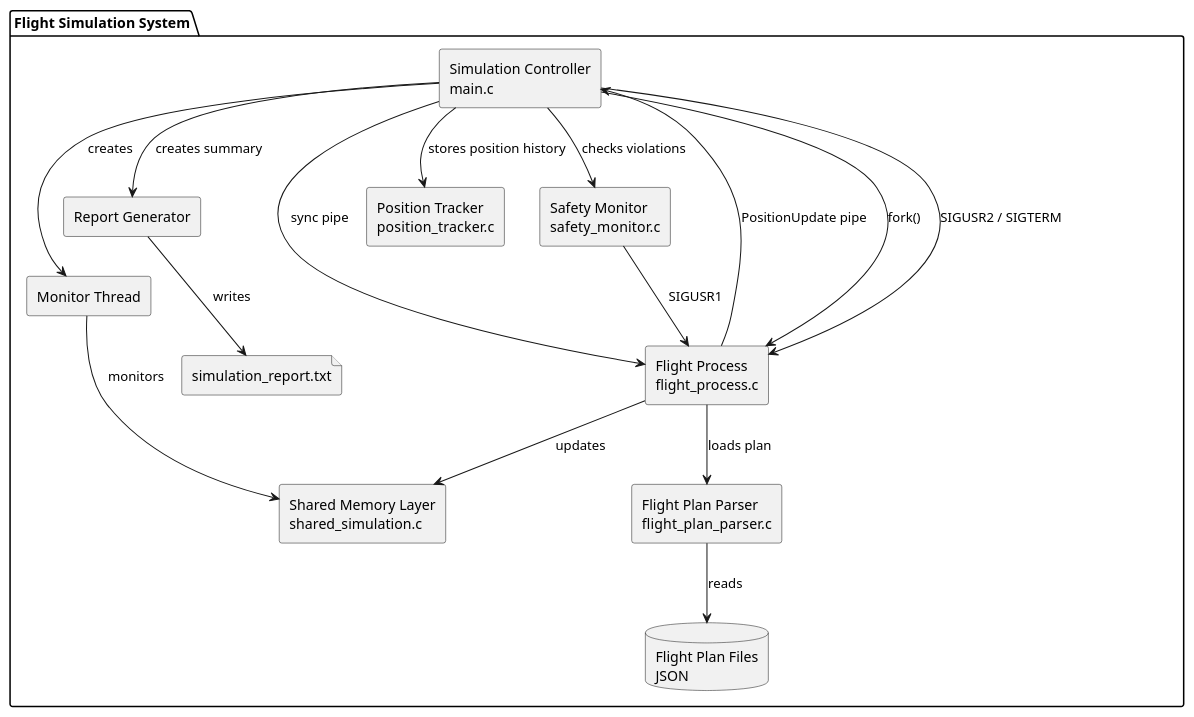
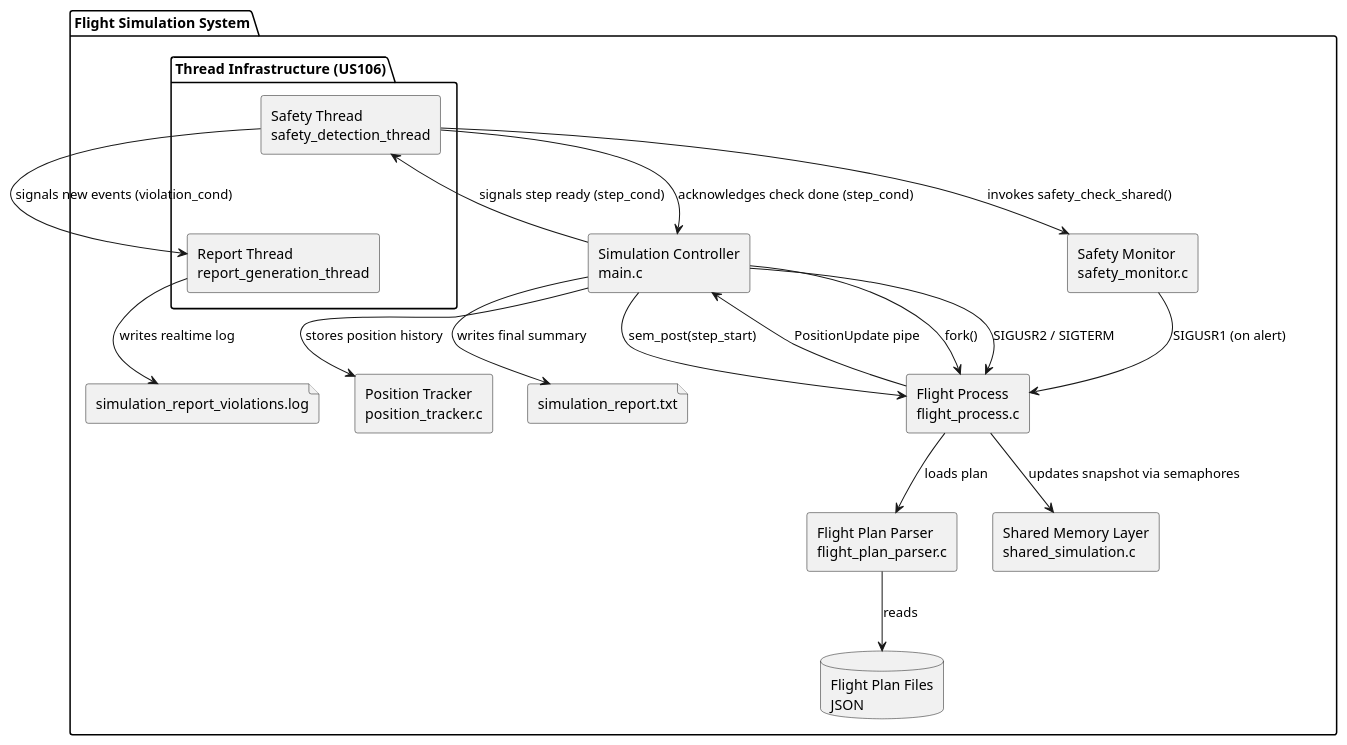
One commit to goncalolopesp/sem4pi2526-sem4pi2526_2di5 changed the diagram in scomp/docs/README.md. Above: the diagram before and after it, drawn with PlantUML. The commit also changed other lines of this file and 10 other files, not shown here.

````diff
--- a/scomp/docs/README.md
+++ b/scomp/docs/README.md
@@ -650,40 +710,48 @@
 ```puml
 @startuml
 
 skinparam componentStyle rectangle
 
 package "Flight Simulation System" {
 
     [Simulation Controller\nmain.c] as Main
     [Flight Process\nflight_process.c] as FlightProcess
     [Flight Plan Parser\nflight_plan_parser.c] as Parser
     [Position Tracker\nposition_tracker.c] as Tracker
     [Safety Monitor\nsafety_monitor.c] as Safety
-    [Report Generator] as Report
+    
+    package "Thread Infrastructure (US106)" {
+        [Safety Thread\nsafety_detection_thread] as SafetyThread
+        [Report Thread\nreport_generation_thread] as ReportThread
+    }
+    
     [Shared Memory Layer\nshared_simulation.c] as Shared
-    [Monitor Thread] as Thread
 
     database "Flight Plan Files\nJSON" as Json
     file "simulation_report.txt" as ReportFile
+    file "simulation_report_violations.log" as ViolationLog
 }
 
 Main --> FlightProcess : fork()
 Main --> FlightProcess : SIGUSR2 / SIGTERM
-Main --> FlightProcess : sync pipe
+Main --> FlightProcess : sem_post(step_start)
 FlightProcess --> Main : PositionUpdate pipe
 
 FlightProcess --> Parser : loads plan
 Parser --> Json : reads
 
 Main --> Tracker : stores position history
-Main --> Safety : checks violations
-Safety --> FlightProcess : SIGUSR1
-Main --> Report : creates summary
-Report --> ReportFile : writes
+FlightProcess --> Shared : updates snapshot via semaphores
 
-FlightProcess --> Shared : updates
-Thread --> Shared : monitors
-Main --> Thread : creates
+' Sincronização US106
+Main --> SafetyThread : signals step ready (step_cond)
+SafetyThread --> Main : acknowledges check done (step_cond)
+SafetyThread --> Safety : invokes safety_check_shared()
+SafetyThread --> ReportThread : signals new events (violation_cond)
+
+Safety --> FlightProcess : SIGUSR1 (on alert)
+Main --> ReportFile : writes final summary
+ReportThread --> ViolationLog : writes realtime log
 
 @enduml
 ```
````
